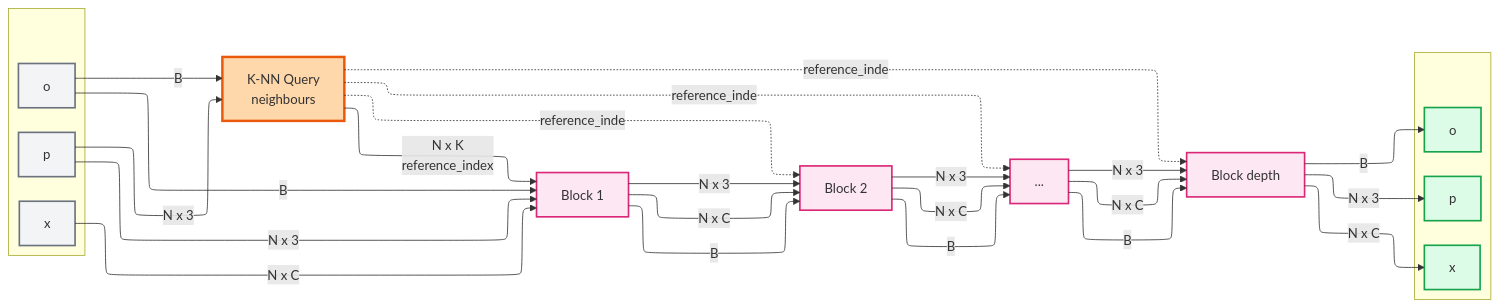
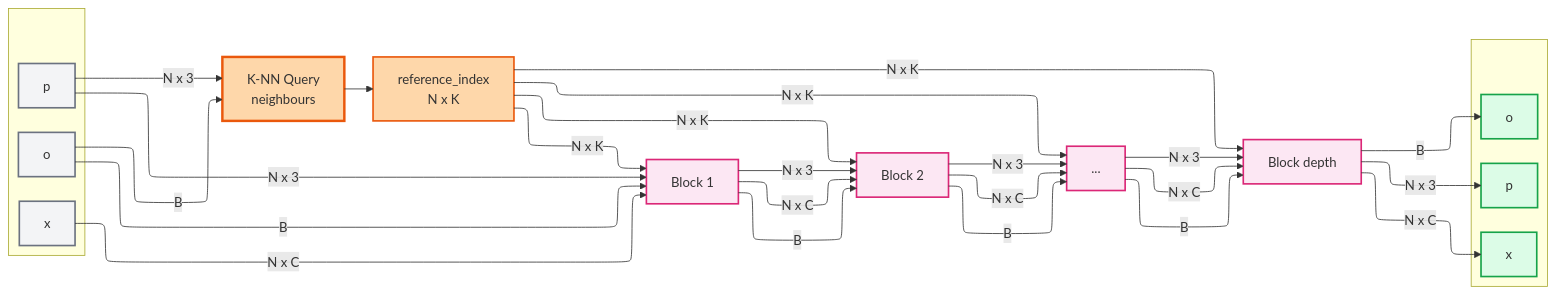
Before and after one commit to antoineach/antoineach.github.io: the diagram in assets/img/poinTransformerV2/blockSequence.md, drawn with Mermaid.

````diff
--- a/assets/img/poinTransformerV2/blockSequence.md
+++ b/assets/img/poinTransformerV2/blockSequence.md
@@ -1,62 +1,63 @@
 ```mermaid
 ---
 config:
   layout: elk
 ---
 graph LR
     subgraph InputPXO[" "]
         p["p"]
         x["x"]
         o["o"]
     end
     
     p -->|N x 3| KNN["K-NN Query<br>neighbours"]
     o -->|B| KNN
     
-    KNN -->|N x K<br>reference_index| Block1["Block 1"]
+    KNN --> RefIdx["reference_index<br>N x K"]
     
-    p -->|N x 3| Block1
+    p -->|N x 3| Block1["Block 1"]
     x -->|N x C| Block1
     o -->|B| Block1
+    RefIdx -->|N x K| Block1
     
     Block1 -->|N x 3| Block2["Block 2"]
     Block1 -->|N x C| Block2
     Block1 -->|B| Block2
+    RefIdx -->|N x K| Block2
     
     Block2 -->|N x 3| BlockDots["..."]
     Block2 -->|N x C| BlockDots
     Block2 -->|B| BlockDots
+    RefIdx -->|N x K| BlockDots
     
     BlockDots -->|N x 3| BlockN["Block depth"]
     BlockDots -->|N x C| BlockN
     BlockDots -->|B| BlockN
-    
-    KNN -.reference_index.-> Block2
-    KNN -.reference_index.-> BlockDots
-    KNN -.reference_index.-> BlockN
+    RefIdx -->|N x K| BlockN
     
     subgraph OutputPXO[" "]
         pout["p"]
         xout["x"]
         oout["o"]
     end
     
     BlockN -->|N x 3| pout
     BlockN -->|N x C| xout
     BlockN -->|B| oout
     
     style p fill:#f3f4f6,stroke:#6b7280,stroke-width:2px
     style x fill:#f3f4f6,stroke:#6b7280,stroke-width:2px
     style o fill:#f3f4f6,stroke:#6b7280,stroke-width:2px
     
     style KNN fill:#fed7aa,stroke:#ea580c,stroke-width:3px
+    style RefIdx fill:#fed7aa,stroke:#ea580c,stroke-width:2px
     
     style Block1 fill:#fce7f3,stroke:#db2777,stroke-width:2px
     style Block2 fill:#fce7f3,stroke:#db2777,stroke-width:2px
     style BlockDots fill:#fce7f3,stroke:#db2777,stroke-width:2px
     style BlockN fill:#fce7f3,stroke:#db2777,stroke-width:2px
     
     style pout fill:#dcfce7,stroke:#16a34a,stroke-width:2px
     style xout fill:#dcfce7,stroke:#16a34a,stroke-width:2px
     style oout fill:#dcfce7,stroke:#16a34a,stroke-width:2px
 ```
````
